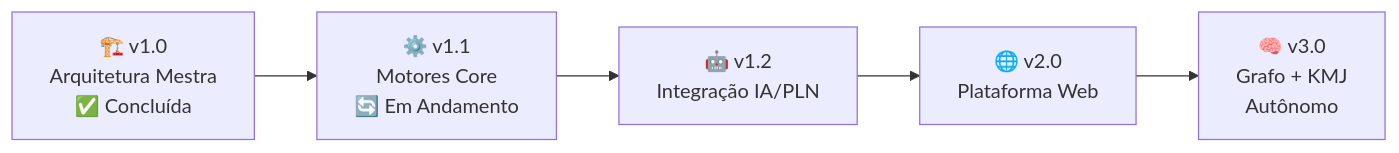
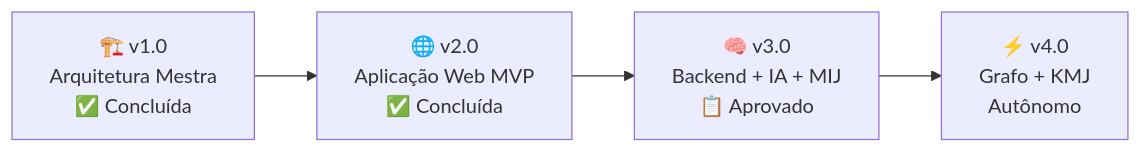
One commit to CharlesEugeniodr/Sigma-Juris-Intelligence-SJI changed the diagram in ROADMAP.md. Above: the diagram before and after it, drawn with Mermaid. The commit also changed other lines of this file, not shown here.

First line of the commit message:
docs: ROADMAP v3.0 — Motor de Inteligência Judicial (MIJ) aprovado

````diff
--- a/ROADMAP.md
+++ b/ROADMAP.md
@@ -11,7 +11,6 @@
 ```mermaid
 graph LR
-    V10["🏗️ v1.0<br>Arquitetura Mestra<br>✅ Concluída"] --> V11["⚙️ v1.1<br>Motores Core<br>🔄 Em Andamento"]
-    V11 --> V12["🤖 v1.2<br>Integração IA/PLN"]
-    V12 --> V20["🌐 v2.0<br>Plataforma Web"]
-    V20 --> V30["🧠 v3.0<br>Grafo + KMJ<br>Autônomo"]
+    V10["🏗️ v1.0<br>Arquitetura Mestra<br>✅ Concluída"] --> V20["🌐 v2.0<br>Aplicação Web MVP<br>✅ Concluída"]
+    V20 --> V30["🧠 v3.0<br>Backend + IA + MIJ<br>📋 Aprovado"]
+    V30 --> V40["⚡ v4.0<br>Grafo + KMJ<br>Autônomo"]
 ```
````
